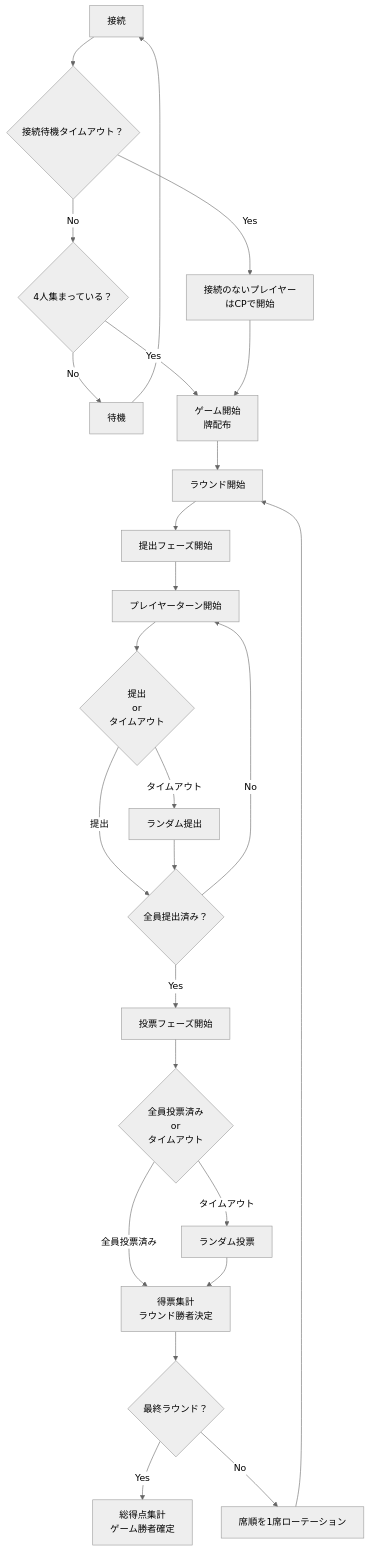
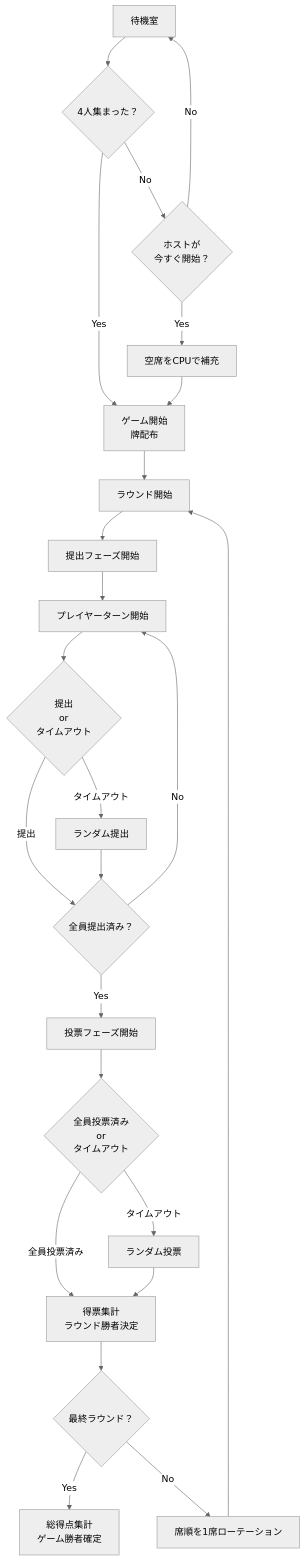
One commit to sendo-kakeru/omojan changed the first of 2 diagrams in docs/omojan-overview.md. Above: the diagram before and after it, drawn with Mermaid (neutral theme). The commit also changed other lines of this file and 8 other files, not shown here.

````diff
--- a/docs/omojan-overview.md
+++ b/docs/omojan-overview.md
@@ -29,27 +28,26 @@
 ```mermaid
 graph TD
-  A[接続] --> B{接続待機タイムアウト？}
-  B --> |No| C{4人集まっている？}
-  B --> |Yes| D[接続のないプレイヤー<br>はCPで開始]
-  C --> |No| E[待機]
-  E --> A
-  C --> |Yes| F[ゲーム開始<br>牌配布]
+  A[待機室] --> B{4人集まった？}
+  B --> |Yes| F[ゲーム開始<br>牌配布]
+  B --> |No| C{ホストが<br>今すぐ開始？}
+  C --> |No| A
+  C --> |Yes| D[空席をCPUで補充]
   D --> F
   F --> G[ラウンド開始]
   G --> H[提出フェーズ開始]
   H --> I[プレイヤーターン開始]
   I --> J{提出<br>or<br>タイムアウト}
   J --> |タイムアウト| K[ランダム提出]
   J --> |提出| L{全員提出済み？}
   K --> L
   L --> |Yes| M[投票フェーズ開始]
   L --> |No| I
   M --> N{全員投票済み<br>or<br>タイムアウト}
   N --> |タイムアウト| O[ランダム投票]
   N --> |全員投票済み| P[得票集計<br>ラウンド勝者決定]
   O --> P
   P --> Q{最終ラウンド？}
   Q --> |Yes| R[総得点集計<br>ゲーム勝者確定]
   Q --> |No| S[席順を1席ローテーション]
   S --> G
 ```
````
